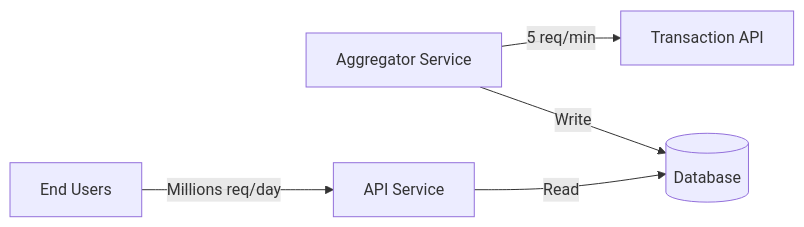
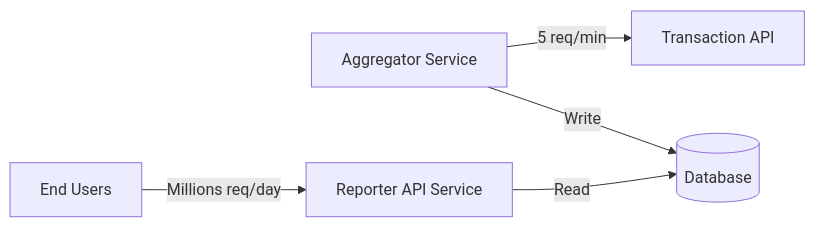
One commit to halfzebra/transaction-aggregator changed the first of 2 diagrams in README.md. Above: the diagram before and after it, drawn with Mermaid. The commit also changed other lines of this file and 20 other files, not shown here.

Commit message:
Added the reporter service

````diff
--- a/README.md
+++ b/README.md
@@ -8,7 +7,7 @@
 ```mermaid
 graph LR
     B[Aggregator Service] -->|5 req/min| A[Transaction API]
     B -->|Write| C[(Database)]
-    D[API Service] -->|Read| C
+    D[Reporter API Service] -->|Read| C
     E[End Users] -->|Millions req/day| D
 ``` 
````
